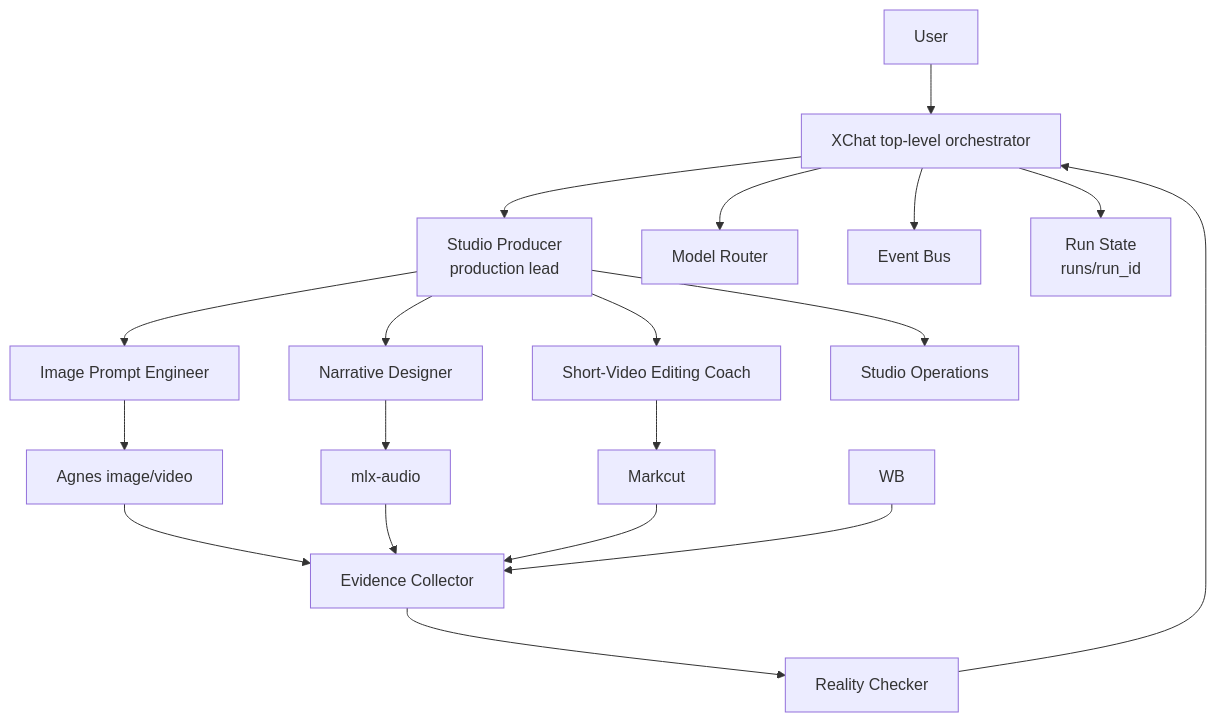
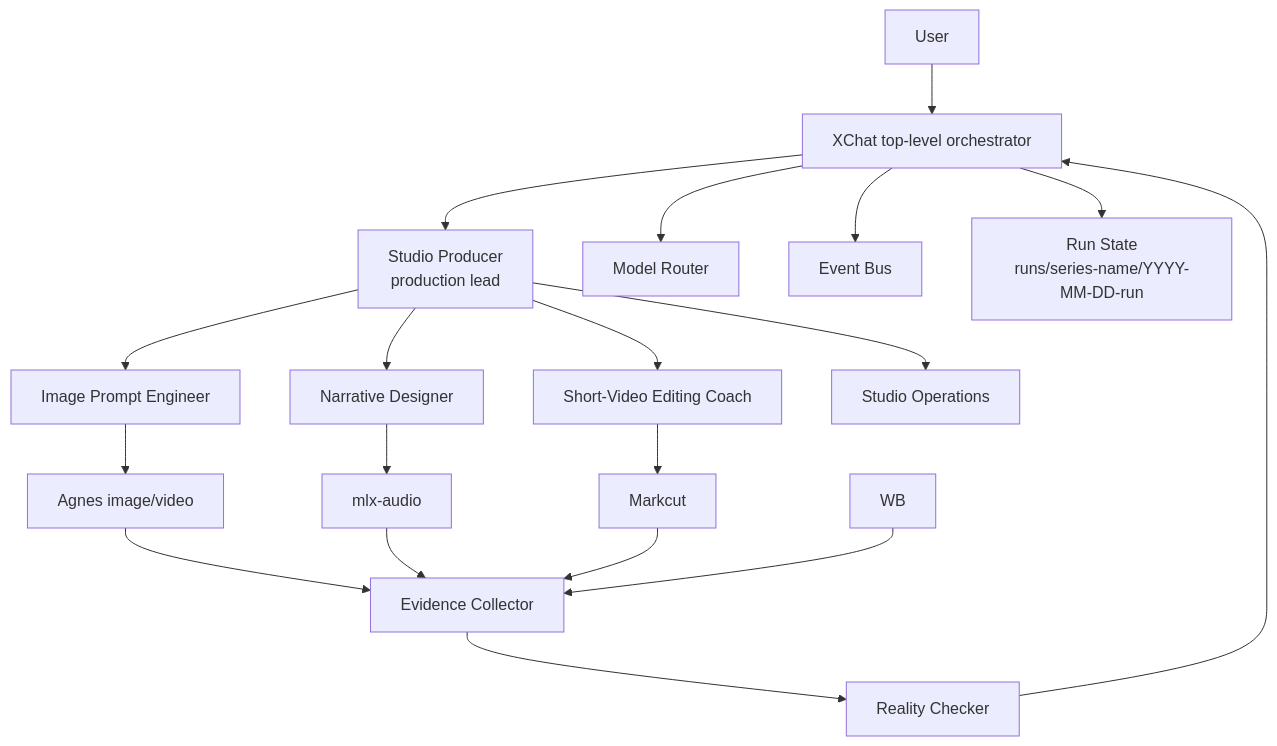
Before and after one commit to lalalic/neo: the first of 10 diagrams in drama/docs/workflow.md, drawn with Mermaid. The commit also changed other lines of this file and 31 other files, not shown here.

````diff
--- a/drama/docs/workflow.md
+++ b/drama/docs/workflow.md
@@ -19,24 +19,24 @@
 ```mermaid
 flowchart TD
     U[User] --> O[XChat top-level orchestrator]
     O --> SP[Studio Producer\nproduction lead]
     O --> MR[Model Router]
     O --> EB[Event Bus]
-    O --> RS[Run State\nruns/run_id]
+    O --> RS[Run State\nruns/series-name/YYYY-MM-DD-run]
 
     SP --> ND[Narrative Designer]
     SP --> IP[Image Prompt Engineer]
     SP --> SV[Short-Video Editing Coach]
     SP --> SO[Studio Operations]
 
     ND --> TTS[mlx-audio]
     IP --> AG[Agnes image/video]
     SV --> MC[Markcut]
 
     AG --> EC[Evidence Collector]
     TTS --> EC
     MC --> EC
     WB --> EC
     EC --> RC[Reality Checker]
     RC --> O
 ```
````
